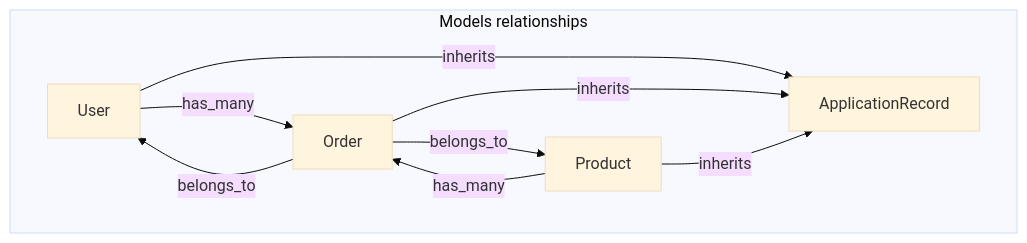
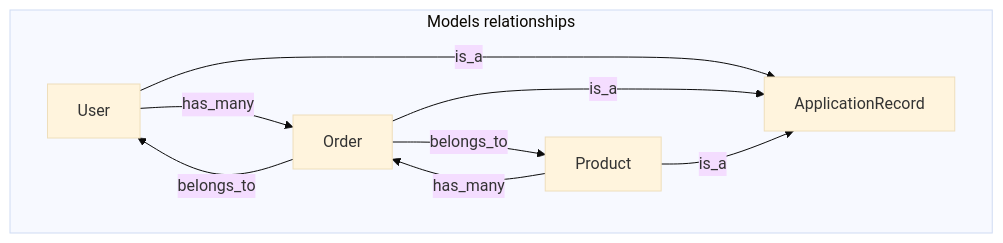
The second of 4 diagrams in README.md (enogrob/order_normalizer_api), drawn with Mermaid (base theme) before and after one commit. The commit also changed other lines of this file and 1 other file, not shown here.

Commit message:
readme-improvements

````diff
--- a/README.md
+++ b/README.md
@@ -56,17 +58,17 @@
 ```mermaid
 graph TD
     subgraph Models relationships
       A[User]
       B[Order]
       C[Product]
       D[ApplicationRecord]
       
       A -->|has_many| B
       B --> |belongs_to| A
       B --> |belongs_to| C
       C -->|has_many| B
-      A --> |inherits| D
-      B --> |inherits| D
-      C --> |inherits| D
+      A --> |is_a| D
+      B --> |is_a| D
+      C --> |is_a| D
     end
 ```
````
